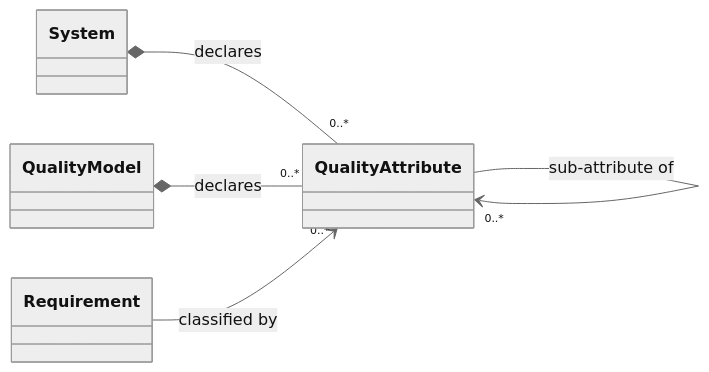
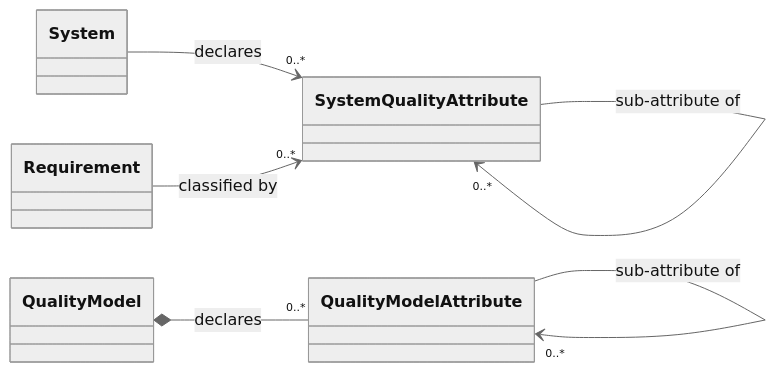
The ninth of 15 diagrams in docs/reference/model/core.md (craigsmitham/dotspec), drawn with Mermaid (neutral theme) before and after one commit. The commit also changed other lines of this file and 119 other files, not shown here.

````diff
--- a/docs/reference/model/core.md
+++ b/docs/reference/model/core.md
@@ -217,12 +220,14 @@
 ```mermaid
 classDiagram
     direction LR
     class System
     class QualityModel
-    class QualityAttribute
+    class QualityModelAttribute
+    class SystemQualityAttribute
     class Requirement
-    System *-- "0..*" QualityAttribute : declares
-    QualityModel *-- "0..*" QualityAttribute : declares
-    Requirement --> "0..*" QualityAttribute : classified by
-    QualityAttribute --> "0..*" QualityAttribute : sub-attribute of
+    System --> "0..*" SystemQualityAttribute : declares
+    QualityModel *-- "0..*" QualityModelAttribute : declares
+    Requirement --> "0..*" SystemQualityAttribute : classified by
+    QualityModelAttribute --> "0..*" QualityModelAttribute : sub-attribute of
+    SystemQualityAttribute --> "0..*" SystemQualityAttribute : sub-attribute of
 ```
````
